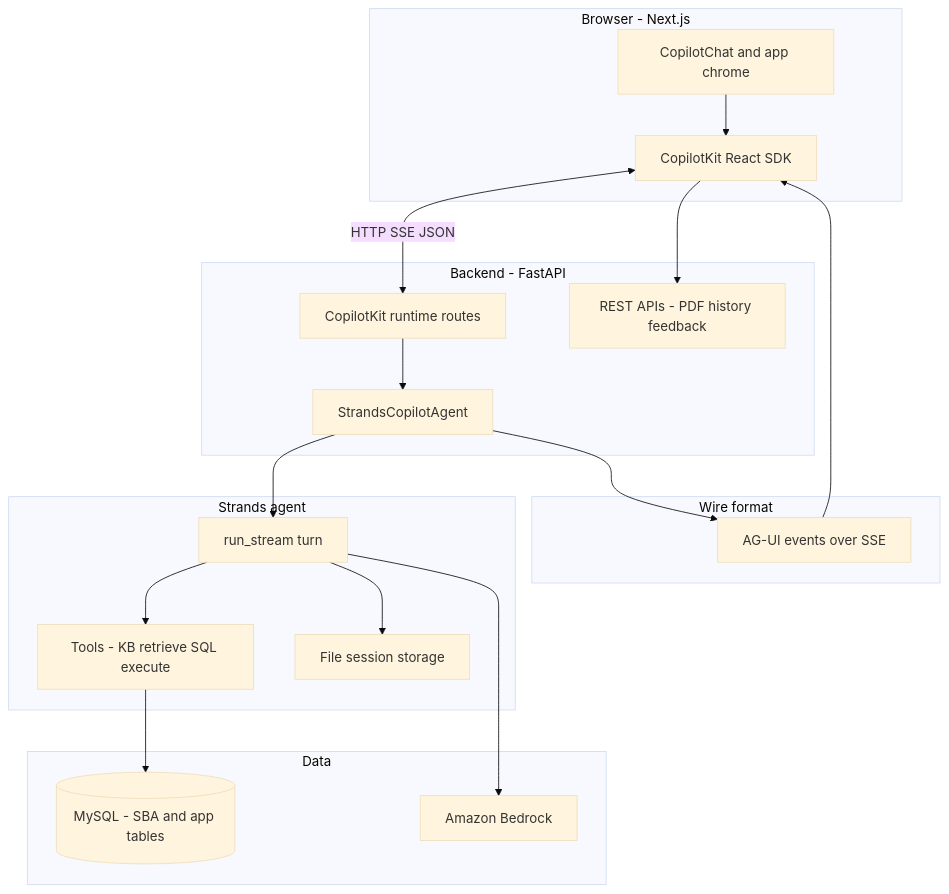
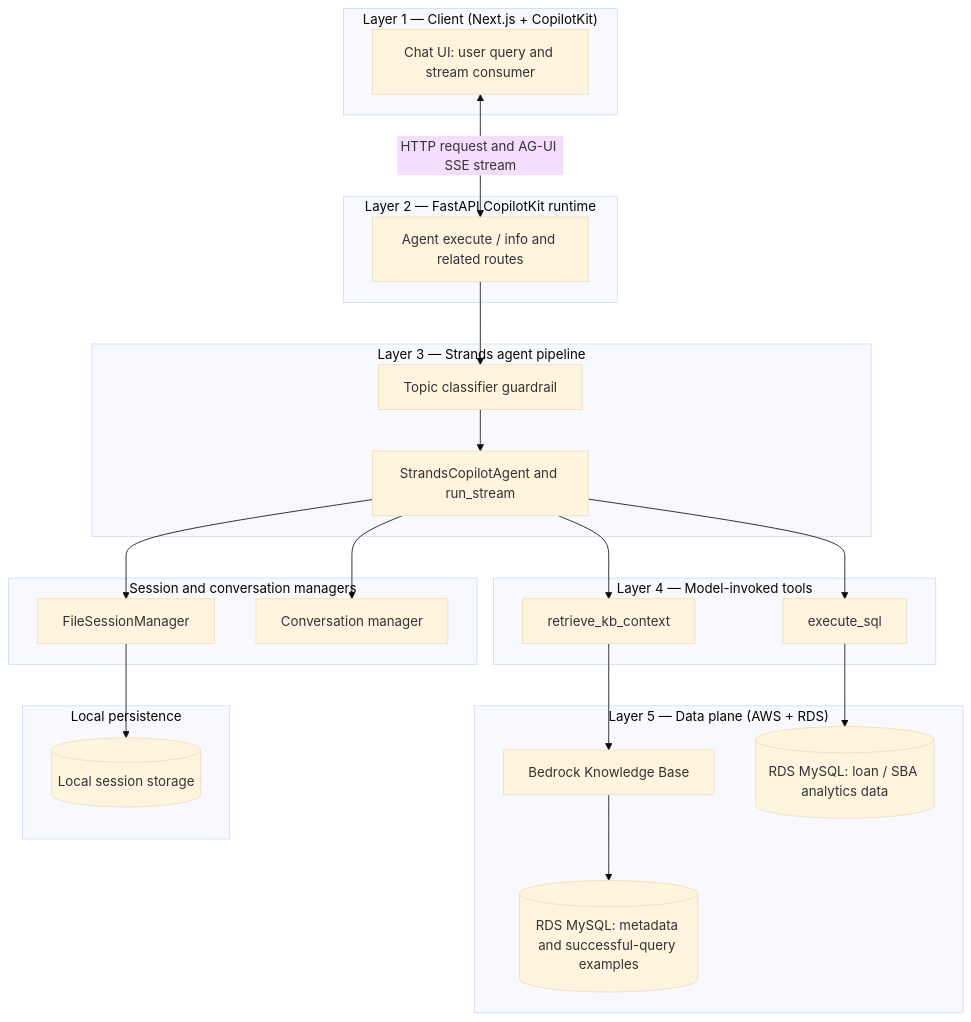
One commit to JordanRino/Smart-Report-Analyst changed the first of 2 diagrams in docs/strands-copilot-agui-architecture.md. Above: the diagram before and after it, drawn with Mermaid (base theme). The commit also changed other lines of this file, not shown here.

Commit message:
feat(architecture): update documentation for CopilotKit's chat turn flow and user feedback processes

````diff
--- a/docs/strands-copilot-agui-architecture.md
+++ b/docs/strands-copilot-agui-architecture.md
@@ -16,40 +27,47 @@
 ```mermaid
 flowchart TB
-  subgraph client [Browser - Next.js]
-    UI[CopilotChat and app chrome]
-    CK[CopilotKit React SDK]
-    UI --> CK
+  subgraph L1["Layer 1 — Client (Next.js + CopilotKit)"]
+    UIQ[Chat UI: user query and stream consumer]
   end
 
-  subgraph api [Backend - FastAPI]
-    RT[CopilotKit runtime routes]
-    AG[StrandsCopilotAgent]
-    REST[REST APIs - PDF history feedback]
-    RT --> AG
+  subgraph L2["Layer 2 — FastAPI CopilotKit runtime"]
+    API[Agent execute / info and related routes]
   end
 
-  subgraph proto [Wire format]
-    SSE[AG-UI events over SSE]
+  subgraph L3["Layer 3 — Strands agent pipeline"]
+    CL[Topic classifier guardrail]
+    ORCH[StrandsCopilotAgent and run_stream]
   end
 
-  subgraph strands [Strands agent]
-    RUN[run_stream turn]
-    TOOLS[Tools - KB retrieve SQL execute]
-    SESS[File session storage]
-    RUN --> TOOLS
-    RUN --> SESS
+  subgraph L3S["Session and conversation managers"]
+    FS[FileSessionManager]
+    CONV[Conversation manager]
   end
 
-  subgraph data [Data]
-    MYSQL[(MySQL - SBA and app tables)]
-    BEDROCK[Amazon Bedrock]
+  subgraph L4["Layer 4 — Model-invoked tools"]
+    KB[retrieve_kb_context]
+    SQL[execute_sql]
   end
 
-  CK <-->|HTTP SSE JSON| RT
-  AG --> SSE
-  SSE --> CK
-  AG --> RUN
-  TOOLS --> MYSQL
-  RUN --> BEDROCK
-  CK --> REST
+  subgraph L5["Layer 5 — Data plane (AWS + RDS)"]
+    BKB[Bedrock Knowledge Base]
+    RDS1[(RDS MySQL: metadata and successful-query examples)]
+    RDS2[(RDS MySQL: loan / SBA analytics data)]
+  end
+
+  subgraph L5L["Local persistence"]
+    LOC[(Local session storage)]
+  end
+
+  UIQ <-->|HTTP request and AG-UI SSE stream| API
+  API --> CL
+  CL --> ORCH
+  ORCH --> FS
+  ORCH --> CONV
+  FS --> LOC
+  ORCH --> KB
+  ORCH --> SQL
+  KB --> BKB
+  BKB --> RDS1
+  SQL --> RDS2
 ```
````
